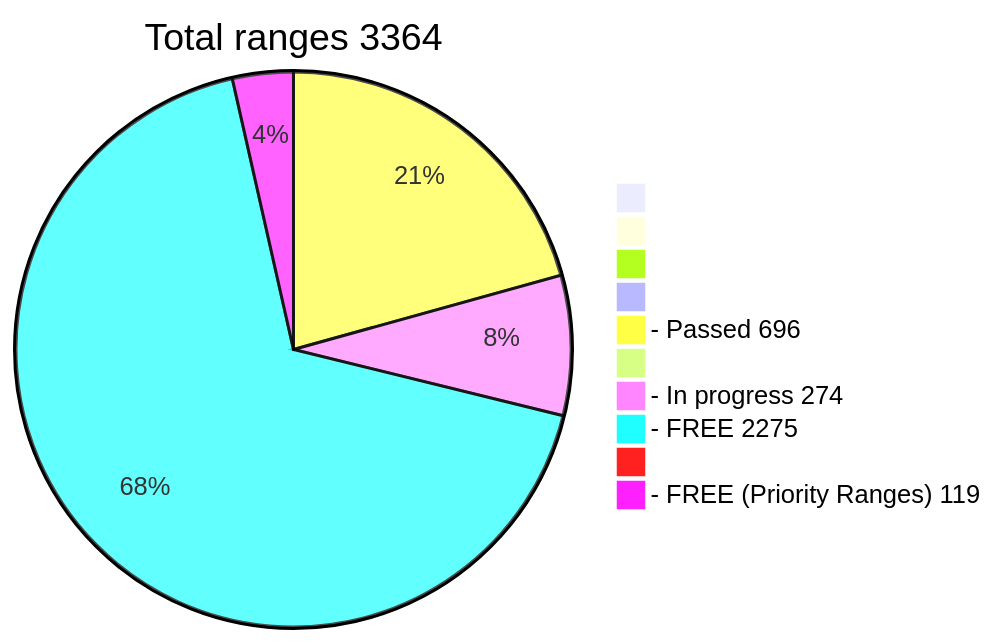
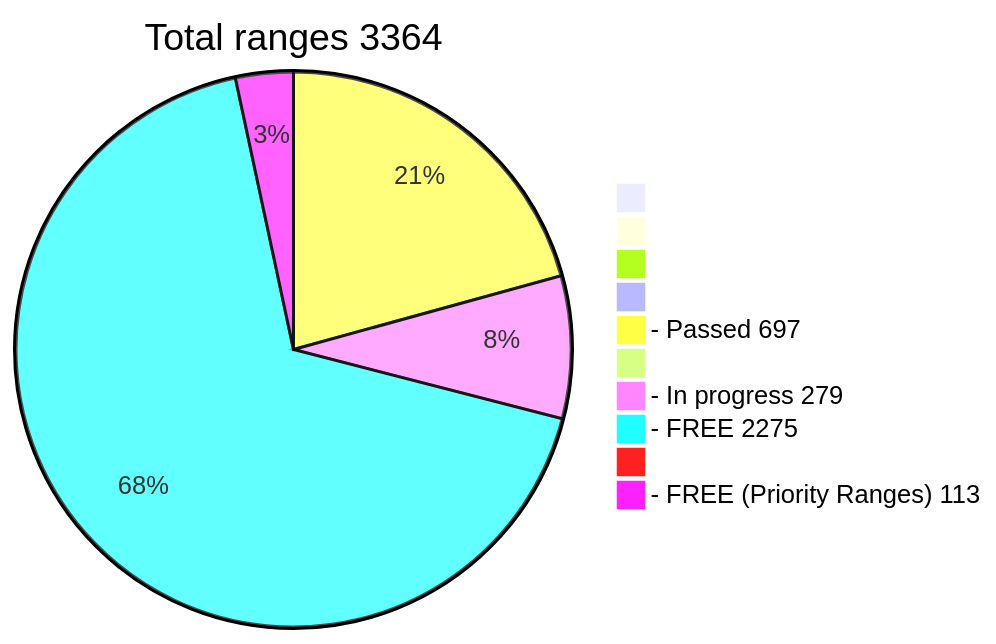
Before and after one commit to phrutis/wif500: the diagram in README.md, drawn with Mermaid.

````diff
--- a/README.md
+++ b/README.md
@@ -16,13 +16,13 @@
 ```mermaid
 pie title Total ranges 3364
              " " : 0
             "  " : 0
            "   " : 0
           "    " : 0
-  "- Passed 696" : 696
+  "- Passed 697" : 697
          "     " : 0
-  "- In progress 274" : 274
+  "- In progress 279" : 279
    "- FREE 2275" : 2275
         "      " : 0
-  "- FREE (Priority Ranges) 119" : 119
+  "- FREE (Priority Ranges) 113" : 113
 ```
````
